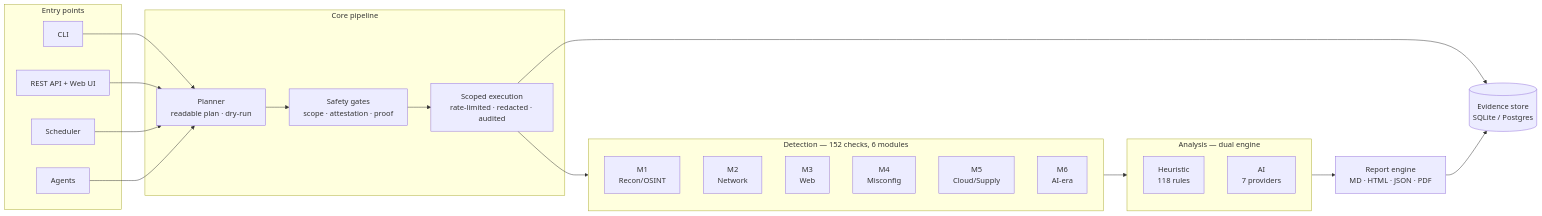
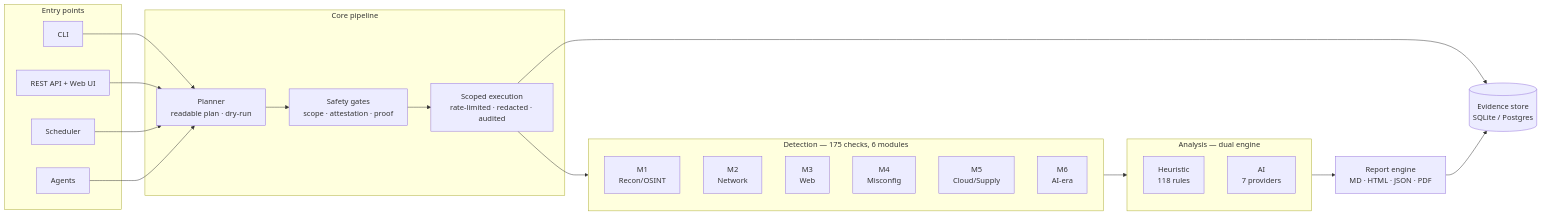
One commit to 0xFE1C/ARACHNE changed the first of 2 diagrams in README.md. Above: the diagram before and after it, drawn with Mermaid. The commit also changed other lines of this file and 29 other files, not shown here.

````diff
--- a/README.md
+++ b/README.md
@@ -56,40 +56,40 @@
 ```mermaid
 flowchart LR
     subgraph entry["Entry points"]
         CLI["CLI"]
         API["REST API + Web UI"]
         SCH["Scheduler"]
         AGT["Agents"]
     end
     subgraph pipeline["Core pipeline"]
         PLAN["Planner<br/>readable plan · dry-run"]
         GATES["Safety gates<br/>scope · attestation · proof"]
         RUN["Scoped execution<br/>rate-limited · redacted · audited"]
     end
-    subgraph modules["Detection — 152 checks, 6 modules"]
+    subgraph modules["Detection — 175 checks, 6 modules"]
         M1["M1<br/>Recon/OSINT"]
         M2["M2<br/>Network"]
         M3["M3<br/>Web"]
         M4["M4<br/>Misconfig"]
         M5["M5<br/>Cloud/Supply"]
         M6["M6<br/>AI-era"]
     end
     subgraph engines["Analysis — dual engine"]
         HEUR["Heuristic<br/>118 rules"]
         AIE["AI<br/>7 providers"]
     end
     REP["Report engine<br/>MD · HTML · JSON · PDF"]
     DB[("Evidence store<br/>SQLite / Postgres")]
 
     CLI --> PLAN
     API --> PLAN
     SCH --> PLAN
     AGT --> PLAN
     PLAN --> GATES
     GATES --> RUN
     RUN --> modules
     modules --> engines
     engines --> REP
     RUN --> DB
     REP --> DB
 ```
````
